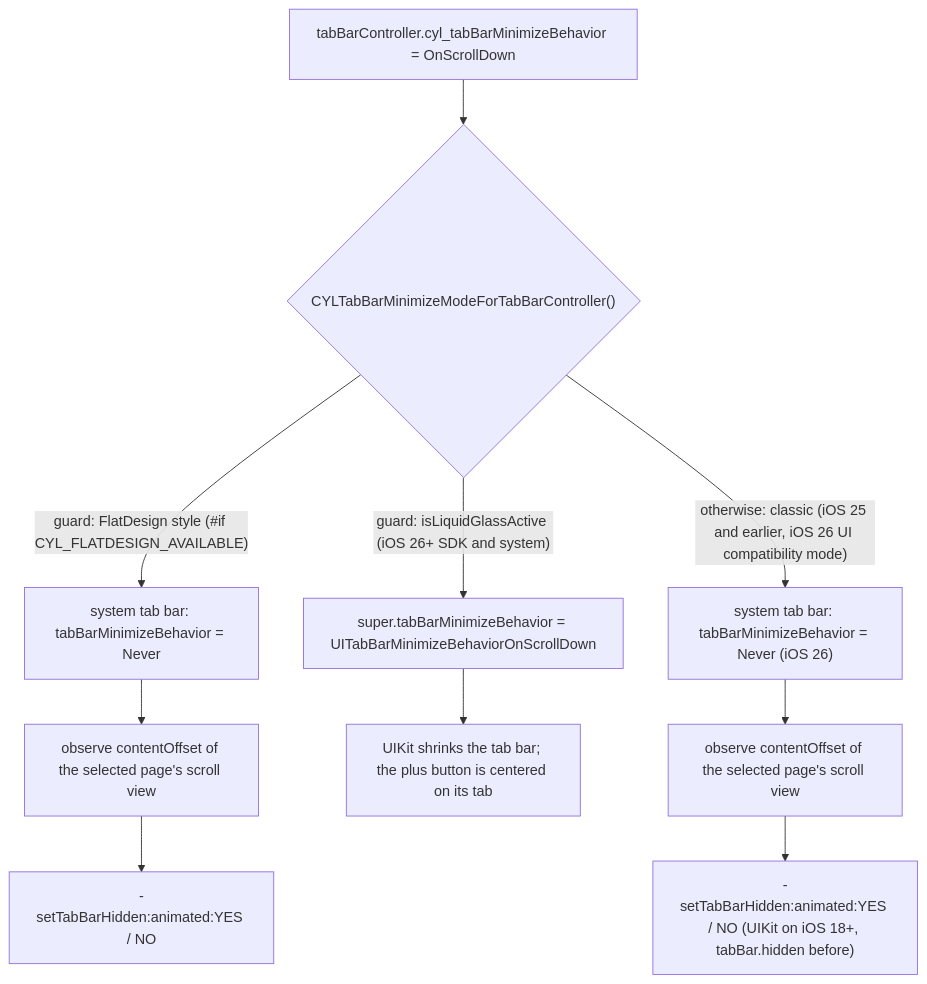
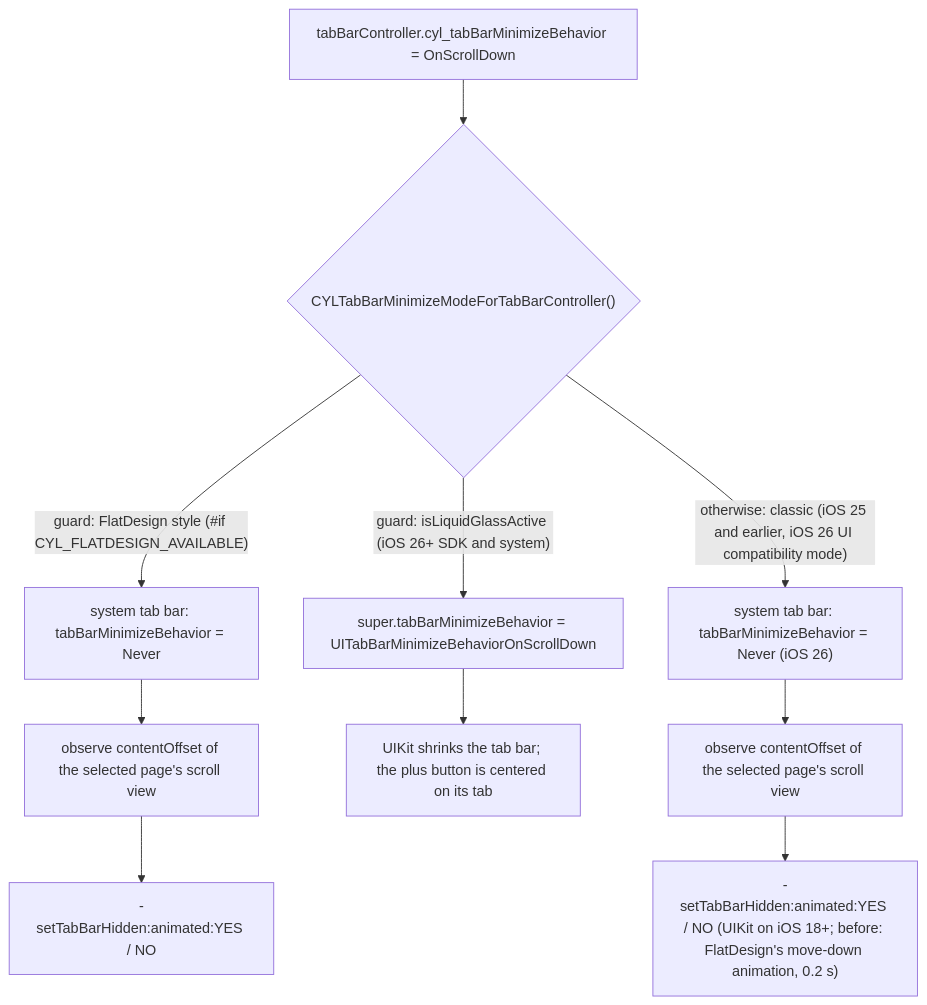
Before and after one commit to ChenYilong/CYLTabBarController: the first of 2 diagrams in docs/TabBar-Minimize-On-Scroll.md, drawn with Mermaid. The commit also changed other lines of this file and 2 other files, not shown here.

First line of the commit message:
feat: ✨ animate the classic tab bar hide before iOS 18 as FlatDesign does (#13)

````diff
--- a/docs/TabBar-Minimize-On-Scroll.md
+++ b/docs/TabBar-Minimize-On-Scroll.md
@@ -133,12 +133,12 @@
 ```mermaid
 flowchart TD
     A["tabBarController.cyl_tabBarMinimizeBehavior = OnScrollDown"] --> B{"CYLTabBarMinimizeModeForTabBarController()"}
     B -->|"guard: FlatDesign style (#if CYL_FLATDESIGN_AVAILABLE)"| E["system tab bar: tabBarMinimizeBehavior = Never"]
     E --> F["observe contentOffset of the selected page's scroll view"]
     F --> G["-setTabBarHidden:animated:YES / NO"]
     B -->|"guard: isLiquidGlassActive (iOS 26+ SDK and system)"| C["super.tabBarMinimizeBehavior = UITabBarMinimizeBehaviorOnScrollDown"]
     C --> D["UIKit shrinks the tab bar; the plus button is centered on its tab"]
     B -->|"otherwise: classic (iOS 25 and earlier, iOS 26 UI compatibility mode)"| H["system tab bar: tabBarMinimizeBehavior = Never (iOS 26)"]
     H --> I["observe contentOffset of the selected page's scroll view"]
-    I --> J["-setTabBarHidden:animated:YES / NO (UIKit on iOS 18+, tabBar.hidden before)"]
+    I --> J["-setTabBarHidden:animated:YES / NO (UIKit on iOS 18+; before: FlatDesign's move-down animation, 0.2 s)"]
 ```
````
